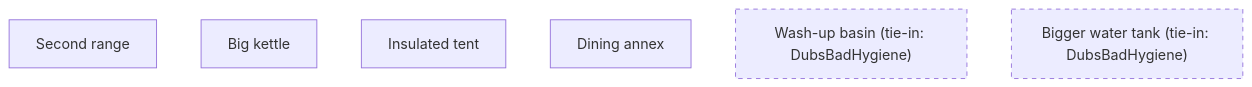
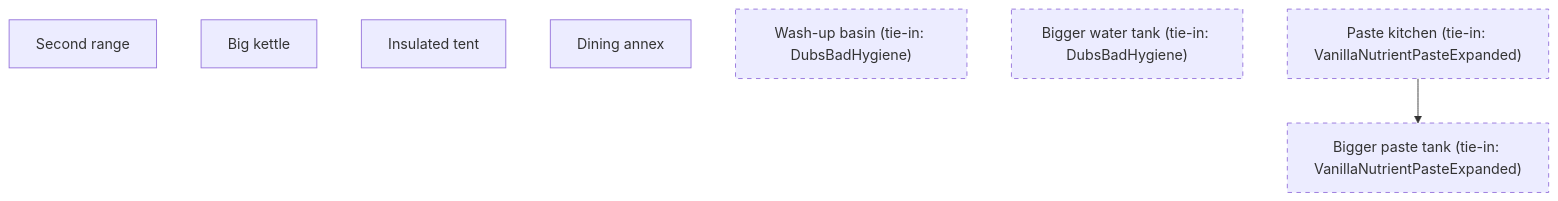
One commit to phobos-dthorga/phobos-rimworld changed the diagram in docs/development/vehicle-field-kitchen.md. Above: the diagram before and after it, drawn with Mermaid. The commit also changed 55 other files, not shown here.

First line of the commit message:
The paste bowser, the Billy's paste tap and paste bakes (Framework 0.273.0, Vehicles 0.116.0)

````diff
--- a/docs/development/vehicle-field-kitchen.md
+++ b/docs/development/vehicle-field-kitchen.md
@@ -125,11 +125,14 @@
 ```mermaid
 flowchart TB
   PhobosBillySecondRange["Second range"]
   PhobosBillyBigKettle["Big kettle"]
   PhobosBillyInsulatedTent["Insulated tent"]
   PhobosBillyDiningAnnex["Dining annex"]
   PhobosBillyWashUp["Wash-up basin (tie-in: DubsBadHygiene)"]
   PhobosBillyBiggerTank["Bigger water tank (tie-in: DubsBadHygiene)"]
+  PhobosBillyPasteKitchen["Paste kitchen (tie-in: VanillaNutrientPasteExpanded)"]
+  PhobosBillyBiggerPasteTank["Bigger paste tank (tie-in: VanillaNutrientPasteExpanded)"]
+  PhobosBillyPasteKitchen --> PhobosBillyBiggerPasteTank
   classDef tiein stroke-dasharray: 5 5
-  class PhobosBillyWashUp,PhobosBillyBiggerTank tiein
+  class PhobosBillyWashUp,PhobosBillyBiggerTank,PhobosBillyPasteKitchen,PhobosBillyBiggerPasteTank tiein
 ```
````
